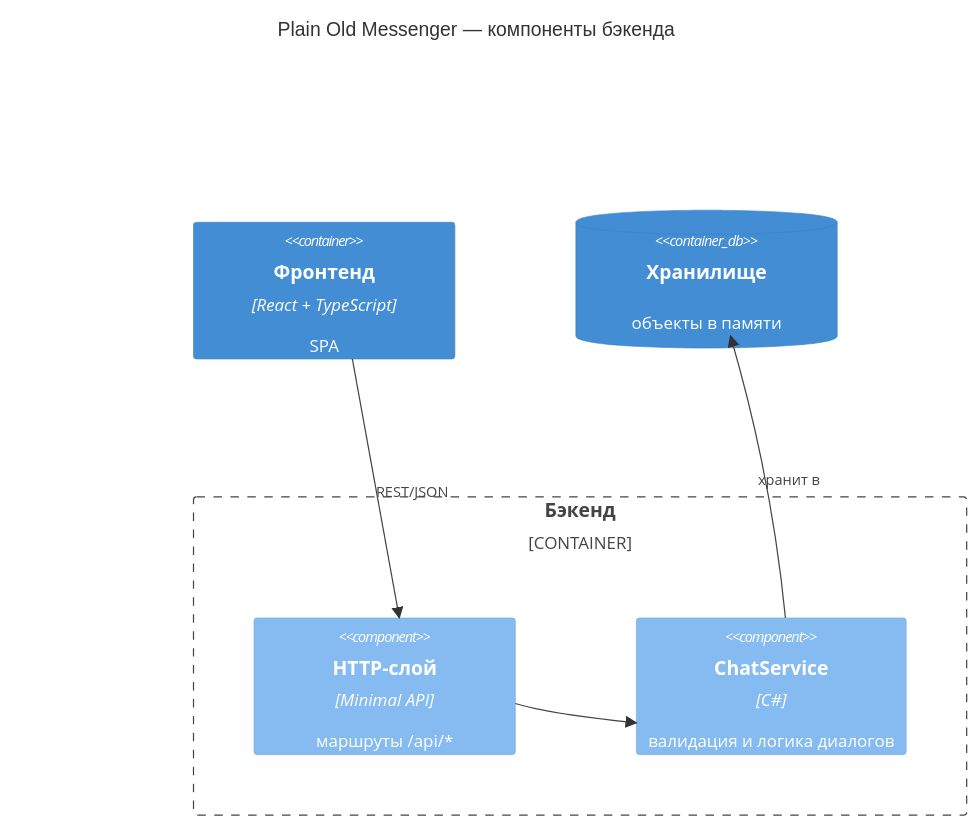
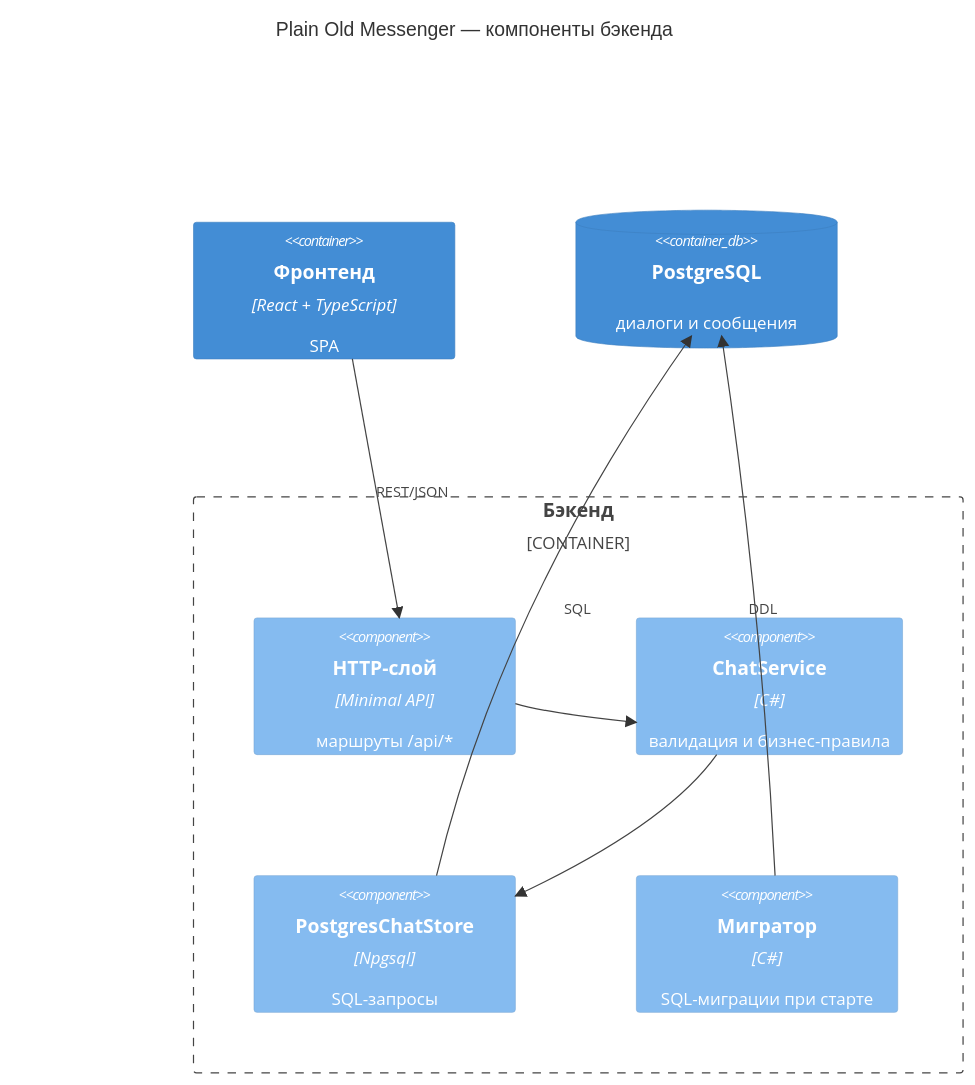
One commit to is-aidd-26/plain-old-messenger changed the diagram in docs/architecture/3-components.md. Above: the diagram before and after it, drawn with Mermaid. The commit also changed other lines of this file and 23 other files, not shown here.

````diff
--- a/docs/architecture/3-components.md
+++ b/docs/architecture/3-components.md
@@ -5,17 +5,21 @@
 ```mermaid
 C4Component
     title Plain Old Messenger — компоненты бэкенда
 
     Container(spa, "Фронтенд", "React + TypeScript", "SPA")
 
-    ContainerDb(store, "Хранилище", "", "объекты в памяти")
+    ContainerDb(db, "PostgreSQL", "", "диалоги и сообщения")
 
     Container_Boundary(backend, "Бэкенд") {
         Component(http, "HTTP-слой", "Minimal API", "маршруты /api/*")
-        Component(chat, "ChatService", "C#", "валидация и логика диалогов")
+        Component(chat, "ChatService", "C#", "валидация и бизнес-правила")
+        Component(store, "PostgresChatStore", "Npgsql", "SQL-запросы")
+        Component(migrator, "Мигратор", "C#", "SQL-миграции при старте")
     }
 
     Rel(spa, http, "REST/JSON")
     Rel(http, chat, "")
-    Rel(chat, store, "хранит в")
+    Rel(chat, store, "")
+    Rel(store, db, "SQL")
+    Rel(migrator, db, "DDL")
 ```
````
